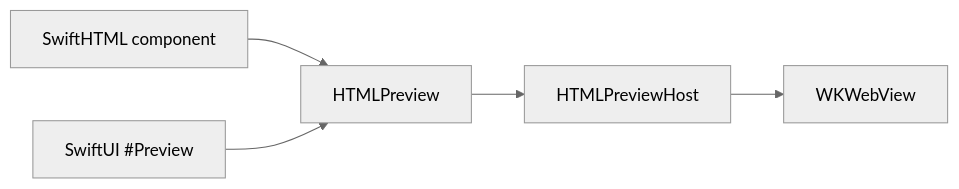
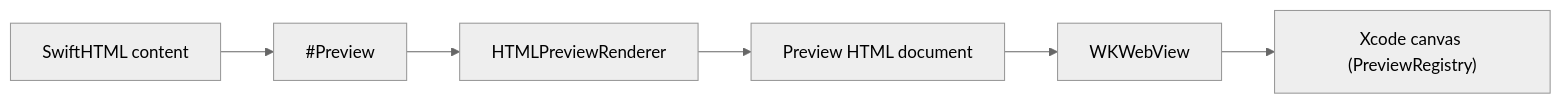
The second of 3 diagrams in README.md (1amageek/swift-html), drawn with Mermaid (neutral theme) before and after one commit. The commit also changed other lines of this file and 18 other files, not shown here.

First line of the commit message:
Add SwiftHTML's #Preview macro for Xcode previews

````diff
--- a/README.md
+++ b/README.md
@@ -305,7 +262,8 @@
 ```mermaid
 flowchart LR
-  Source["SwiftHTML component"] --> View["HTMLPreview"]
-  Preview["SwiftUI #Preview"] --> View
-  View --> Host["HTMLPreviewHost"]
-  Host --> WebKit["WKWebView"]
+  Source["SwiftHTML content"] --> Macro["#Preview"]
+  Macro --> Renderer["HTMLPreviewRenderer"]
+  Renderer --> Document["Preview HTML document"]
+  Document --> WebKit["WKWebView"]
+  WebKit --> Canvas["Xcode canvas (PreviewRegistry)"]
 ```
````
